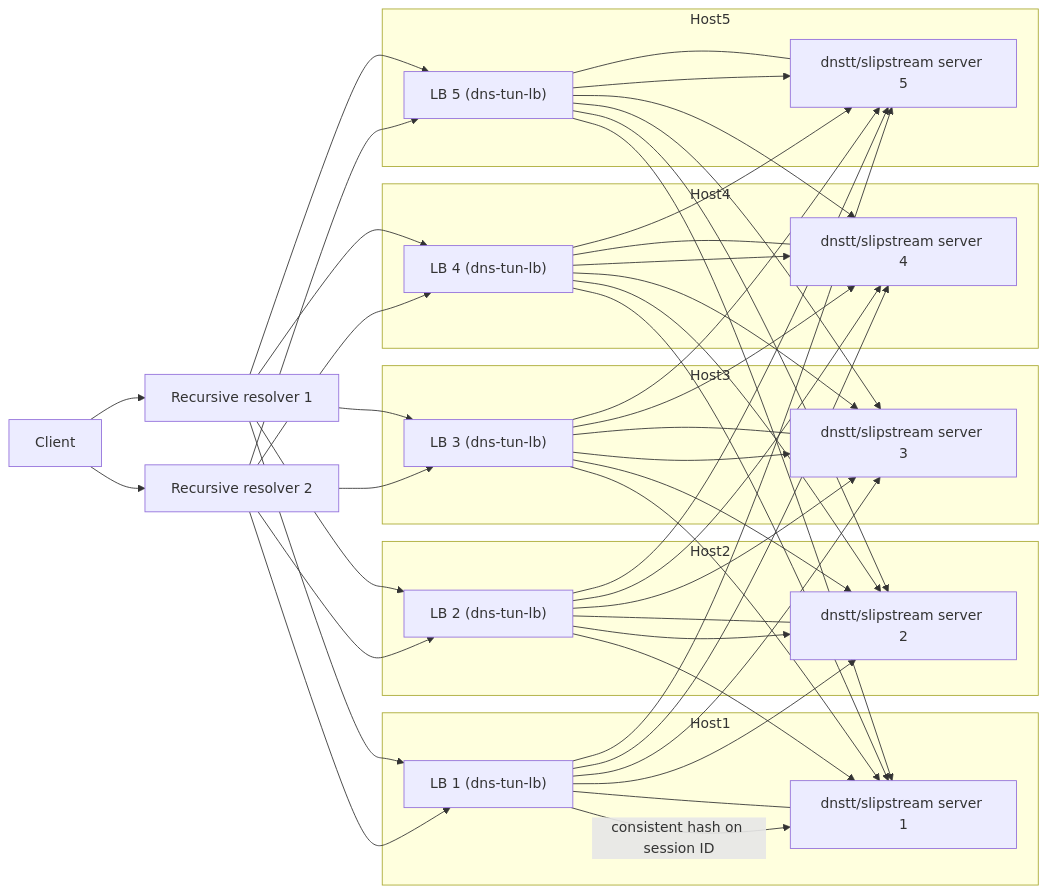
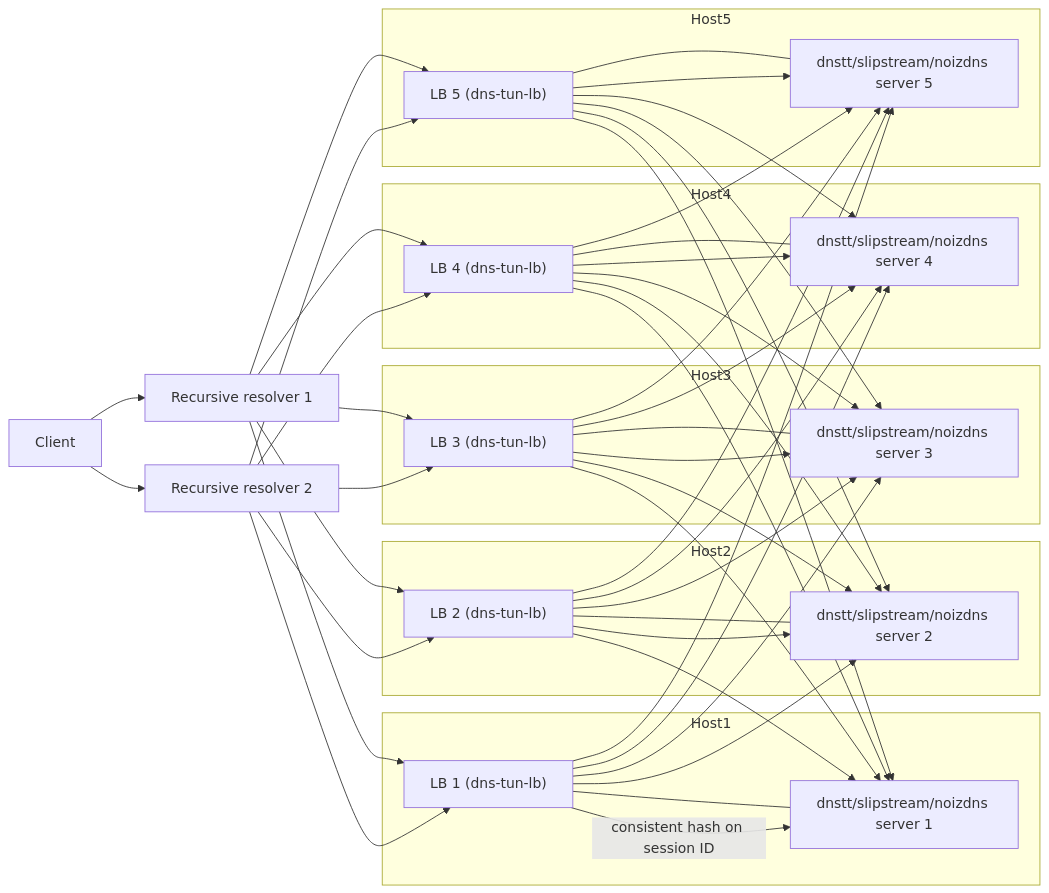
The diagram in README.md (aleskxyz/dns-tun-lb), drawn with Mermaid before and after one commit. The commit also changed other lines of this file and 7 other files, not shown here.

````diff
--- a/README.md
+++ b/README.md
@@ -244,67 +255,67 @@
 ```mermaid
 graph LR
     %% Client
     C[Client] --> R1[Recursive resolver 1]
     C --> R2[Recursive resolver 2]
 
-    %% LB instances (one per host, each beside a dnstt/slipstream server)
+    %% LB instances (one per host, each beside a dnstt/slipstream/noizdns server)
     subgraph Host1
-        LB1["LB 1 (dns-tun-lb)"] --- S1[dnstt/slipstream server 1]
+        LB1["LB 1 (dns-tun-lb)"] --- S1[dnstt/slipstream/noizdns server 1]
     end
     subgraph Host2
-        LB2["LB 2 (dns-tun-lb)"] --- S2[dnstt/slipstream server 2]
+        LB2["LB 2 (dns-tun-lb)"] --- S2[dnstt/slipstream/noizdns server 2]
     end
     subgraph Host3
-        LB3["LB 3 (dns-tun-lb)"] --- S3[dnstt/slipstream server 3]
+        LB3["LB 3 (dns-tun-lb)"] --- S3[dnstt/slipstream/noizdns server 3]
     end
     subgraph Host4
-        LB4["LB 4 (dns-tun-lb)"] --- S4[dnstt/slipstream server 4]
+        LB4["LB 4 (dns-tun-lb)"] --- S4[dnstt/slipstream/noizdns server 4]
     end
     subgraph Host5
-        LB5["LB 5 (dns-tun-lb)"] --- S5[dnstt/slipstream server 5]
+        LB5["LB 5 (dns-tun-lb)"] --- S5[dnstt/slipstream/noizdns server 5]
     end
 
     %% Resolvers can hit any LB directly
     R1 --> LB1
     R1 --> LB2
     R1 --> LB3
     R1 --> LB4
     R1 --> LB5
 
     R2 --> LB1
     R2 --> LB2
     R2 --> LB3
     R2 --> LB4
     R2 --> LB5
 
-    %% Full mesh between LBs and dnstt/slipstream server backends
+    %% Full mesh between LBs and dnstt/slipstream/noizdns server backends
     LB1 -->|"consistent hash on session ID"| S1
     LB1 --> S2
     LB1 --> S3
     LB1 --> S4
     LB1 --> S5
 
     LB2 --> S1
     LB2 --> S2
     LB2 --> S3
     LB2 --> S4
     LB2 --> S5
 
     LB3 --> S1
     LB3 --> S2
     LB3 --> S3
     LB3 --> S4
     LB3 --> S5
 
     LB4 --> S1
     LB4 --> S2
     LB4 --> S3
     LB4 --> S4
     LB4 --> S5
 
     LB5 --> S1
     LB5 --> S2
     LB5 --> S3
     LB5 --> S4
     LB5 --> S5
 ```
````
